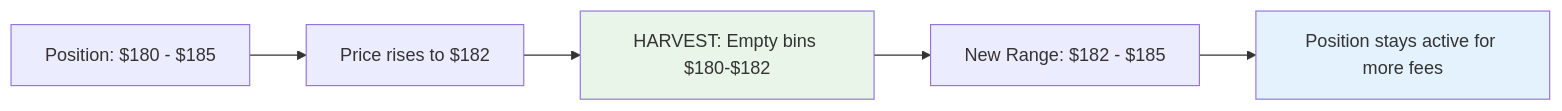
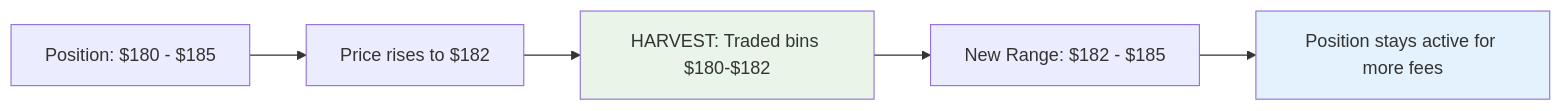
Before and after one commit to SoldevBot/meteora-rsi-trading-bot: the third of 13 diagrams in README.md, drawn with Mermaid. The commit also changed other lines of this file, not shown here.

Commit message:
adjust readme

````diff
--- a/README.md
+++ b/README.md
@@ -114,10 +114,10 @@
 ```mermaid
 graph LR
     A[Position: $180 - $185] --> B[Price rises to $182]
-    B --> C[HARVEST: Empty bins $180-$182]
+    B --> C[HARVEST: Traded bins $180-$182]
     C --> D[New Range: $182 - $185]
     D --> E[Position stays active for more fees]
     
     style C fill:#e8f5e8
     style E fill:#e3f2fd
 ```
````
